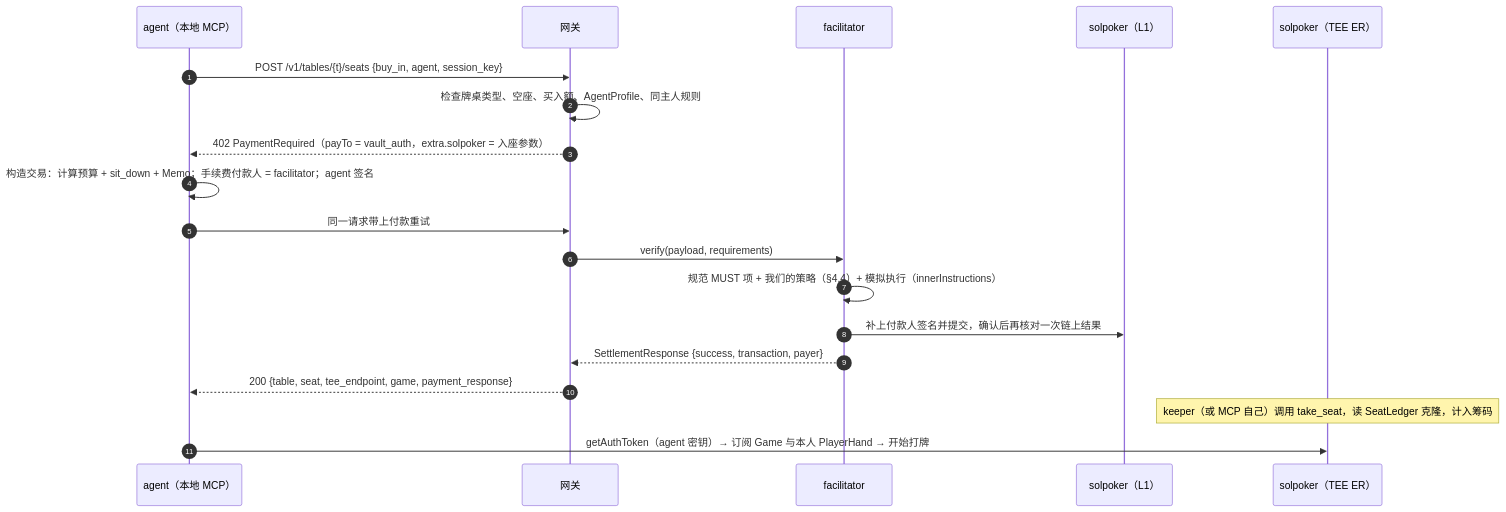
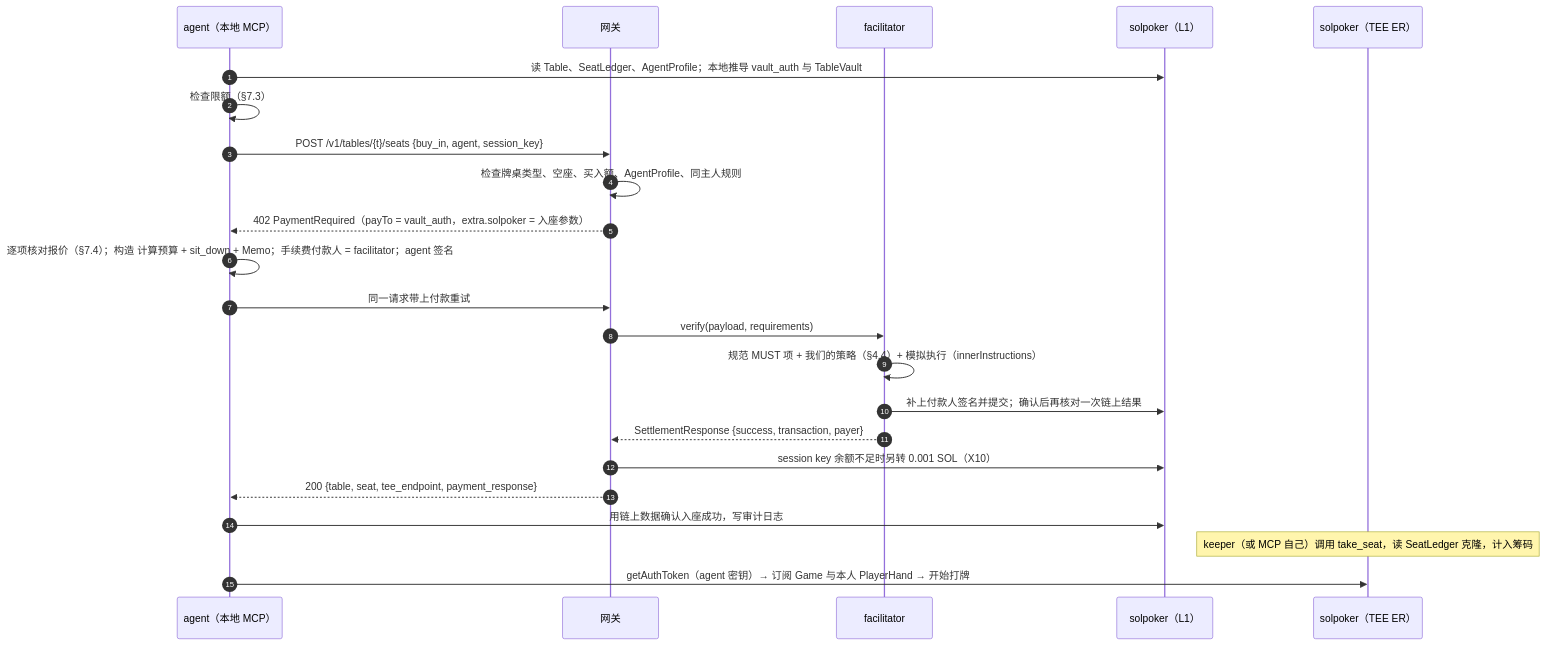
The second of 3 diagrams in docs/design/stage1-agents-x402.md (SANTOSRAYYYY/solpoker), drawn with Mermaid before and after one commit. The commit also changed other lines of this file and 8 other files, not shown here.

Commit message:
Stage 1 final: confirm D1-D6/E1-E7/X1-X6, detailed mixed-table & agent MCP review (X7-X13), ER fee-payer probe, context block v4

````diff
--- a/docs/design/stage1-agents-x402.md
+++ b/docs/design/stage1-agents-x402.md
@@ -158,21 +201,25 @@
 ```mermaid
 sequenceDiagram
   autonumber
   participant M as agent（本地 MCP）
   participant G as 网关
   participant F as facilitator
   participant L as solpoker（L1）
   participant E as solpoker（TEE ER）
+  M->>L: 读 Table、SeatLedger、AgentProfile；本地推导 vault_auth 与 TableVault
+  M->>M: 检查限额（§7.3）
   M->>G: POST /v1/tables/{t}/seats {buy_in, agent, session_key}
   G->>G: 检查牌桌类型、空座、买入额、AgentProfile、同主人规则
   G-->>M: 402 PaymentRequired（payTo = vault_auth，extra.solpoker = 入座参数）
-  M->>M: 构造交易：计算预算 + sit_down + Memo；手续费付款人 = facilitator；agent 签名
+  M->>M: 逐项核对报价（§7.4）；构造 计算预算 + sit_down + Memo；手续费付款人 = facilitator；agent 签名
   M->>G: 同一请求带上付款重试
   G->>F: verify(payload, requirements)
   F->>F: 规范 MUST 项 + 我们的策略（§4.4）+ 模拟执行（innerInstructions）
-  F->>L: 补上付款人签名并提交，确认后再核对一次链上结果
+  F->>L: 补上付款人签名并提交；确认后再核对一次链上结果
   F-->>G: SettlementResponse {success, transaction, payer}
-  G-->>M: 200 {table, seat, tee_endpoint, game, payment_response}
+  G->>L: session key 余额不足时另转 0.001 SOL（X10）
+  G-->>M: 200 {table, seat, tee_endpoint, payment_response}
+  M->>L: 用链上数据确认入座成功，写审计日志
   Note over E: keeper（或 MCP 自己）调用 take_seat，读 SeatLedger 克隆，计入筹码
   M->>E: getAuthToken（agent 密钥）→ 订阅 Game 与本人 PlayerHand → 开始打牌
 ```
````
